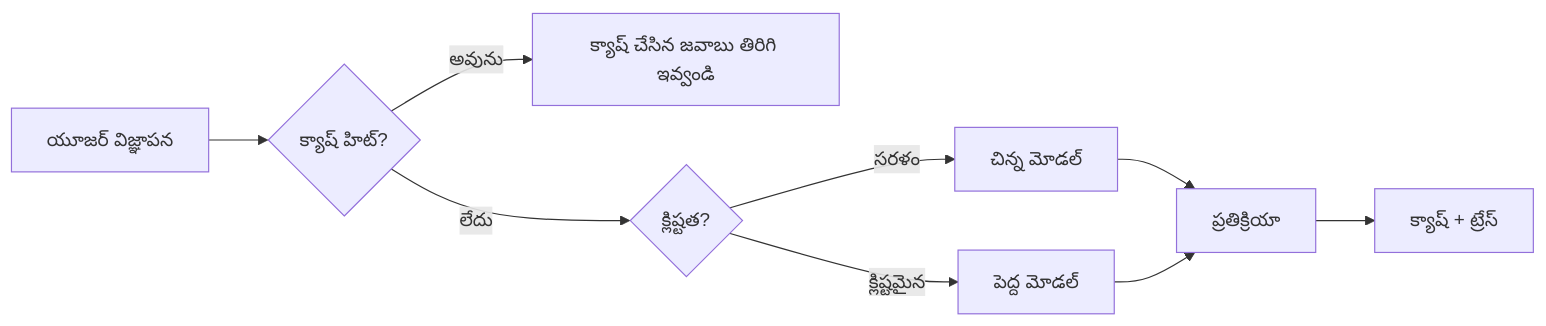
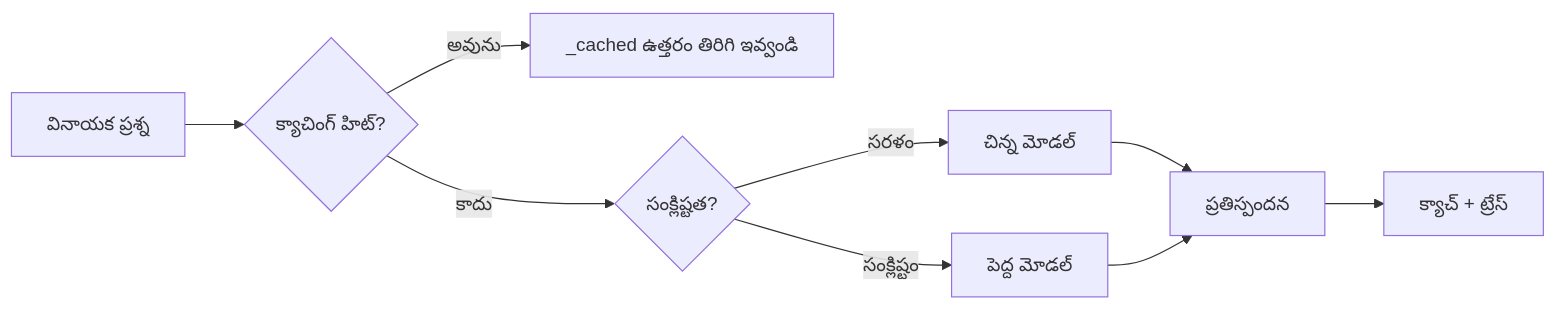
Before and after one commit to gabrielmoreira/agent-skills-mirror: the third of 4 diagrams in mirrors/repos/microsoft@ai-agents-for-beginners/translations/te/16-deploying-scalable-agents/README.md, drawn with Mermaid. The commit also changed other lines of this file and 4262 other files, not shown here.

````diff
--- a/mirrors/repos/microsoft@ai-agents-for-beginners/translations/te/16-deploying-scalable-agents/README.md
+++ b/mirrors/repos/microsoft@ai-agents-for-beginners/translations/te/16-deploying-scalable-agents/README.md
@@ -134,11 +134,11 @@
 ```mermaid
 flowchart LR
-    Q[యూజర్ విజ్ఞాపన] --> C{క్యాష్ హిట్?}
-    C -->|అవును| R[క్యాష్ చేసిన జవాబు తిరిగి ఇవ్వండి]
-    C -->|లేదు| Router{క్లిష్టత?}
+    Q[వినాయక ప్రశ్న] --> C{క్యాచింగ్ హిట్?}
+    C -->|అవును| R[_cached ఉత్తరం తిరిగి ఇవ్వండి]
+    C -->|కాదు| Router{సంక్లిష్టత?}
     Router -->|సరళం| SLM[చిన్న మోడల్]
-    Router -->|క్లిష్టమైన| LLM[పెద్ద మోడల్]
-    SLM --> Out[ప్రతిక్రియా]
+    Router -->|సంక్లిష్టం| LLM[పెద్ద మోడల్]
+    SLM --> Out[ప్రతిస్పందన]
     LLM --> Out
-    Out --> Store[క్యాష్ + ట్రేస్]
+    Out --> Store[క్యాచ్ + ట్రేస్]
 ```
````
